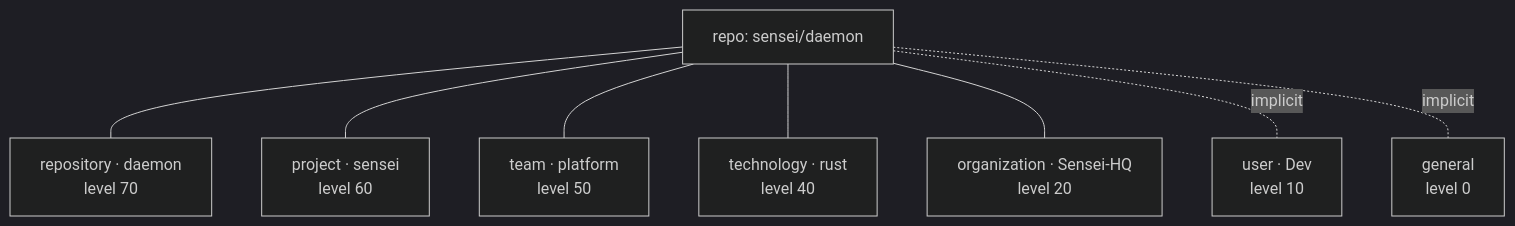
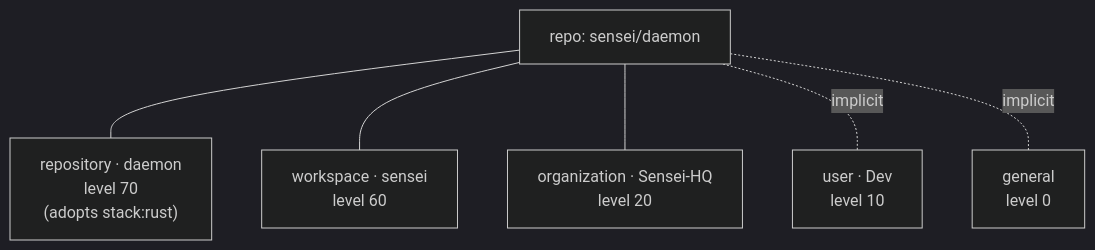
One commit to sensei-hq/sensei changed the second of 7 diagrams in docs/architecture/concepts/governance.md. Above: the diagram before and after it, drawn with Mermaid (dark theme). The commit also changed other lines of this file and 17 other files, not shown here.

First line of the commit message:
feat: the ladder is dōjō → workspace → repository — the PRD and specs say so (#318, D25/D29/D32/D33)

````diff
--- a/docs/architecture/concepts/governance.md
+++ b/docs/architecture/concepts/governance.md
@@ -87,11 +89,9 @@
 ```mermaid
 flowchart TD
     REPO["repo: sensei/daemon"]
-    REPO --- N1["repository · daemon<br/>level 70"]
-    REPO --- N2["project · sensei<br/>level 60"]
-    REPO --- N3["team · platform<br/>level 50"]
-    REPO --- N4["technology · rust<br/>level 40"]
+    REPO --- N1["repository · daemon<br/>level 70<br/>(adopts stack:rust)"]
+    REPO --- N2["workspace · sensei<br/>level 60"]
     REPO --- N5["organization · Sensei-HQ<br/>level 20"]
     REPO -. implicit .- N6["user · Dev<br/>level 10"]
     REPO -. implicit .- N7["general<br/>level 0"]
 ```
````
